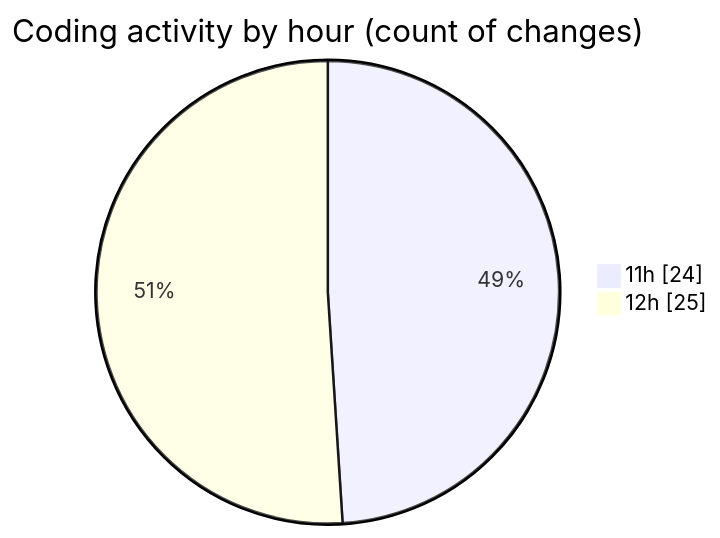
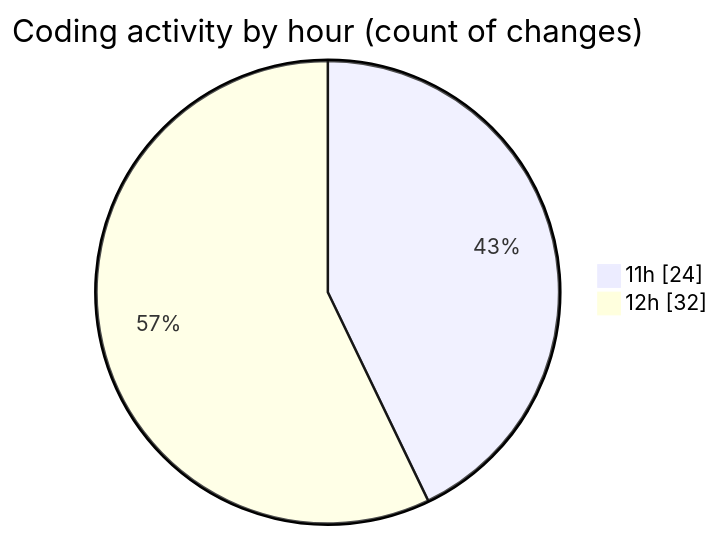
One commit to nxtqubesakshisongat/code-tracking changed the second of 2 diagrams in 2025-05-10/argos-dev/README.md. Above: the diagram before and after it, drawn with Mermaid. The commit also changed other lines of this file and 1 other file, not shown here.

````diff
--- a/2025-05-10/argos-dev/README.md
+++ b/2025-05-10/argos-dev/README.md
@@ -29,6 +29,6 @@
 ```mermaid
 pie showData
 title Coding activity by hour (count of changes)
 "11h" : 24
-"12h" : 25
+"12h" : 32
 ```
````
